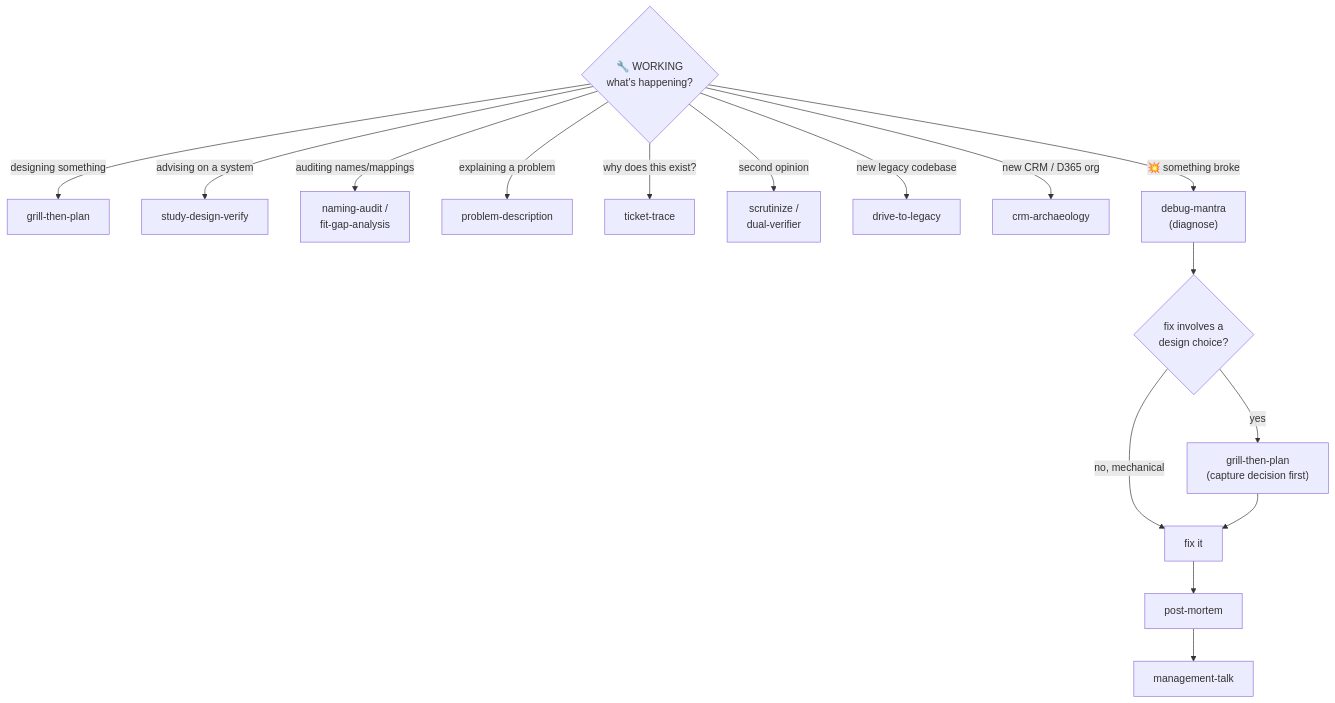
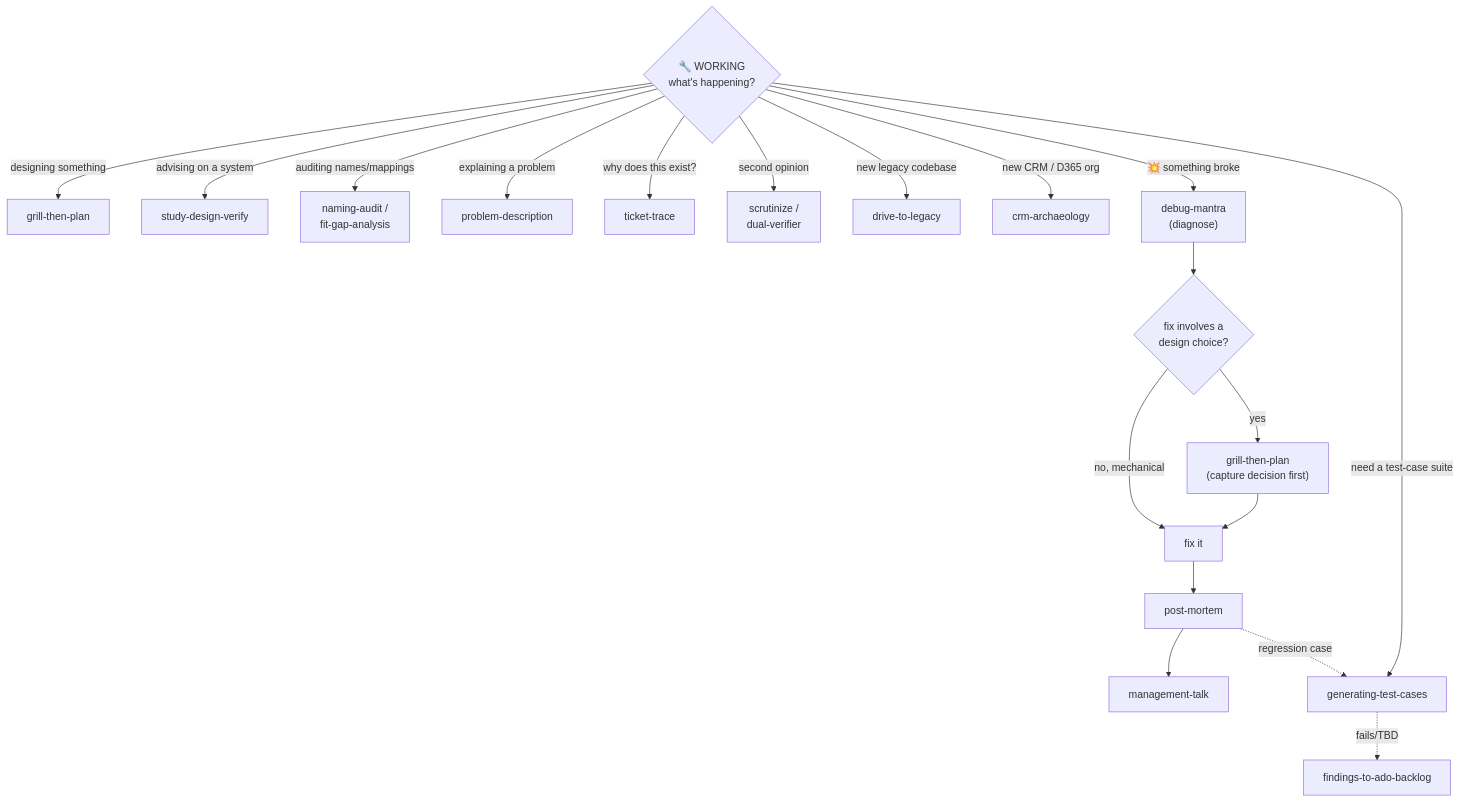
Before and after one commit to ThodsaphonSonthiphin/workflow-daily-work: the second of 2 diagrams in PLAYBOOK.md, drawn with Mermaid. The commit also changed other lines of this file and 6 other files, not shown here.

First line of the commit message:
feat(dev-workflows): add generating-test-cases skill (evidence-grounded, pluggable output)

````diff
--- a/PLAYBOOK.md
+++ b/PLAYBOOK.md
@@ -42,21 +42,24 @@
 ```mermaid
 flowchart TD
     WORK{"🔧 WORKING<br/>what's happening?"}
 
     WORK -- designing something --> GTP["grill-then-plan"]
     WORK -- advising on a system --> SDV["study-design-verify"]
     WORK -- auditing names/mappings --> NA["naming-audit /<br/>fit-gap-analysis"]
     WORK -- explaining a problem --> PD["problem-description"]
     WORK -- why does this exist? --> TT["ticket-trace"]
     WORK -- second opinion --> SC["scrutinize /<br/>dual-verifier"]
     WORK -- new legacy codebase --> DTL["drive-to-legacy"]
     WORK -- new CRM / D365 org --> CA["crm-archaeology"]
 
     WORK -- 💥 something broke --> DM["debug-mantra<br/>(diagnose)"]
     DM --> Q{"fix involves a<br/>design choice?"}
     Q -- no, mechanical --> FIX["fix it"]
     Q -- yes --> GTP2["grill-then-plan<br/>(capture decision first)"]
     GTP2 --> FIX
     FIX --> PM["post-mortem"]
     PM --> MT["management-talk"]
+    WORK -- need a test-case suite --> GTC["generating-test-cases"]
+    PM -. regression case .-> GTC
+    GTC -. fails/TBD .-> FILEHINT["findings-to-ado-backlog"]
 ```
````
